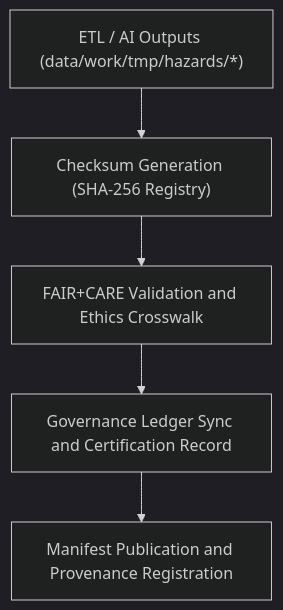
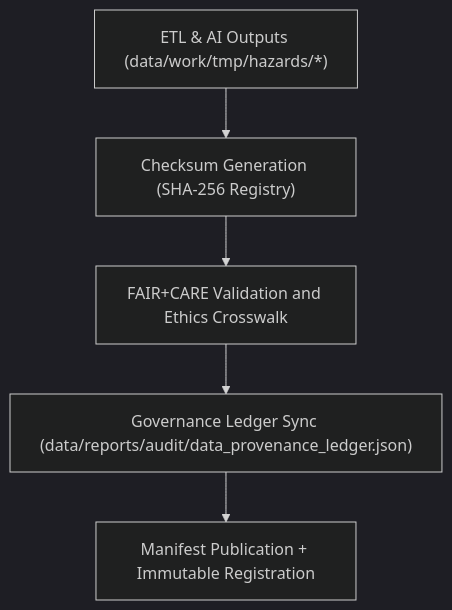
One commit to bartytime4life/Kansas-Frontier-Matrix changed the diagram in data/work/tmp/hazards/logs/manifests/README.md. Above: the diagram before and after it, drawn with Mermaid (dark theme). The commit also changed other lines of this file, not shown here.

````diff
--- a/data/work/tmp/hazards/logs/manifests/README.md
+++ b/data/work/tmp/hazards/logs/manifests/README.md
@@ -64,7 +65,7 @@
 ```mermaid
 flowchart TD
-    A["ETL / AI Outputs (data/work/tmp/hazards/*)"] --> B["Checksum Generation (SHA-256 Registry)"]
+    A["ETL & AI Outputs (data/work/tmp/hazards/*)"] --> B["Checksum Generation (SHA-256 Registry)"]
     B --> C["FAIR+CARE Validation and Ethics Crosswalk"]
-    C --> D["Governance Ledger Sync and Certification Record"]
-    D --> E["Manifest Publication and Provenance Registration"]
+    C --> D["Governance Ledger Sync (data/reports/audit/data_provenance_ledger.json)"]
+    D --> E["Manifest Publication + Immutable Registration"]
 ```
````
